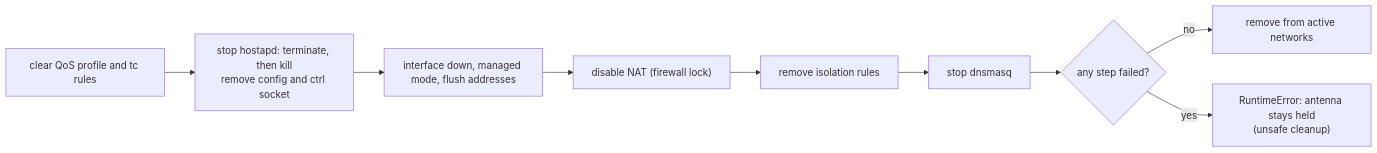
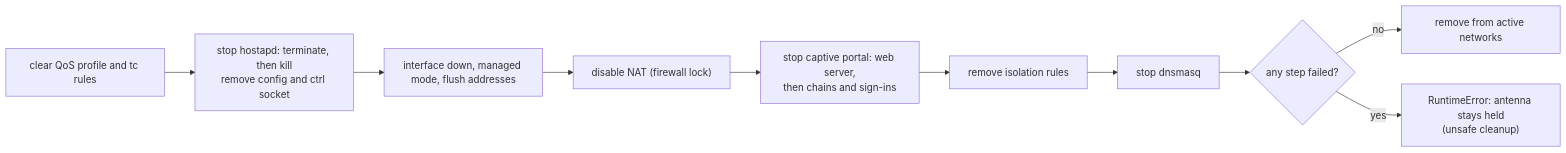
Before and after one commit to caporalesimone/wi-lab: the eighth of 13 diagrams in docs/architecture.md, drawn with Mermaid. The commit also changed other lines of this file and 15 other files, not shown here.

First line of the commit message:
feat(network): add optional captive portal to AP creation

````diff
--- a/docs/architecture.md
+++ b/docs/architecture.md
@@ -395,11 +403,12 @@
 ```mermaid
 flowchart LR
     A["clear QoS profile and tc rules"] --> B["stop hostapd: terminate, then kill<br/>remove config and ctrl socket"]
     B --> C["interface down, managed mode, flush addresses"]
     C --> D["disable NAT (firewall lock)"]
-    D --> E["remove isolation rules"]
+    D --> CPS["stop captive portal: web server,<br/>then chains and sign-ins"]
+    CPS --> E["remove isolation rules"]
     E --> F["stop dnsmasq"]
     F --> G{"any step failed?"}
     G -->|no| H["remove from active networks"]
     G -->|yes| I["RuntimeError: antenna stays held<br/>(unsafe cleanup)"]
 ```
````
